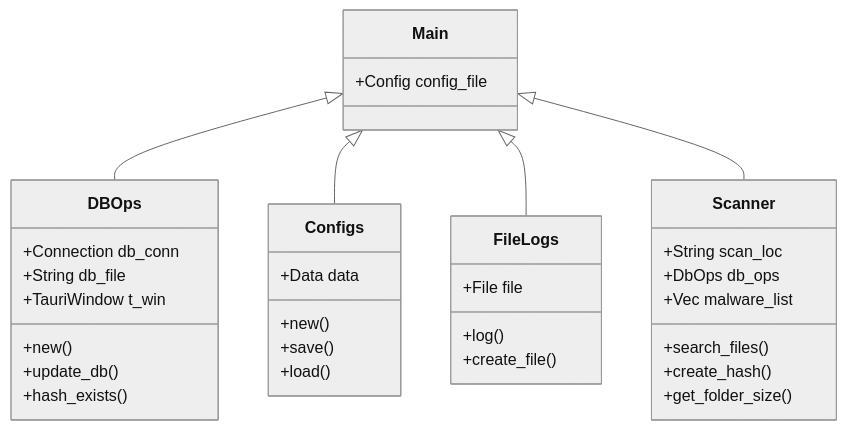
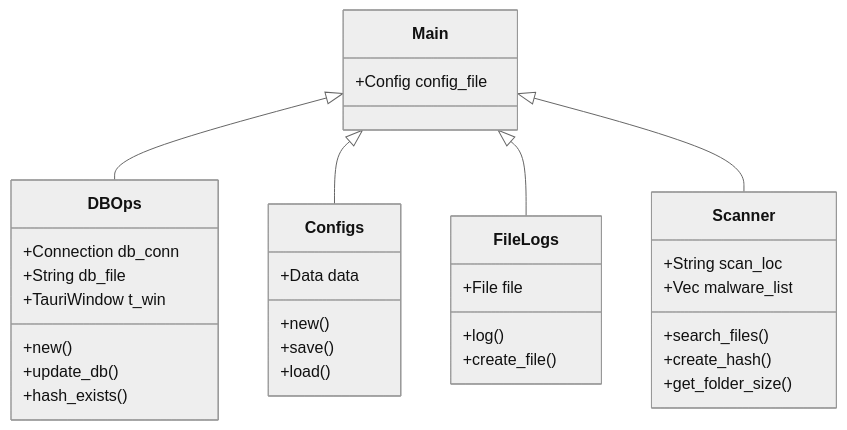
Before and after one commit to Raspirus/docs: the second of 2 diagrams in docs/en/Developers/architecture.md, drawn with Mermaid (neutral theme). The commit also changed other lines of this file and 8 other files, not shown here.

````diff
--- a/docs/en/Developers/architecture.md
+++ b/docs/en/Developers/architecture.md
@@ -27,39 +26,38 @@
 ```mermaid
 classDiagram
      Main <|-- DBOps
      Main <|-- Configs
      Main <|-- FileLogs
      Main <|-- Scanner
      Main: +Config config_file
 
      class DBOps {
           +Connection db_conn
           +String db_file
           +TauriWindow t_win
           +new()
           +update_db()
           +hash_exists()
      }
 
      class Configs {
           +Data data
           +new()
           +save()
           +load()
      }
 
      class FileLogs {
           +File file
           +log()
           +create_file()
      }
 
      class Scanner {
           +String scan_loc
-          +DbOps db_ops
           +Vec malware_list
           +search_files()
           +create_hash()
           +get_folder_size()
      }
 ```
````
